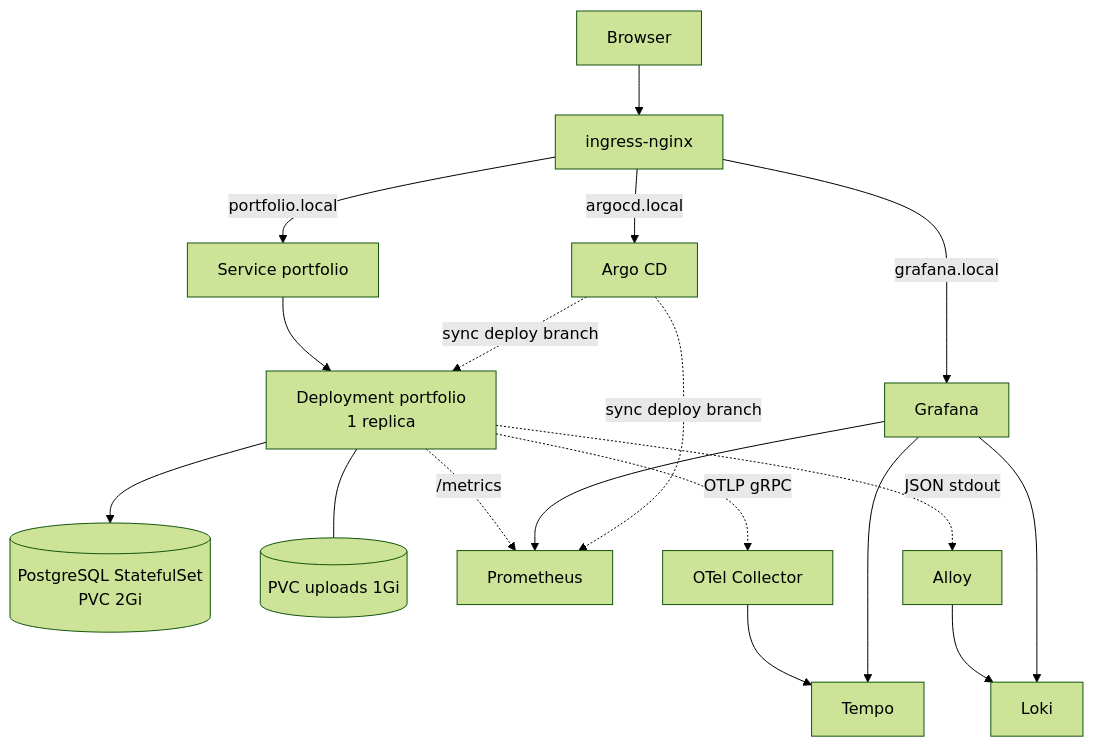
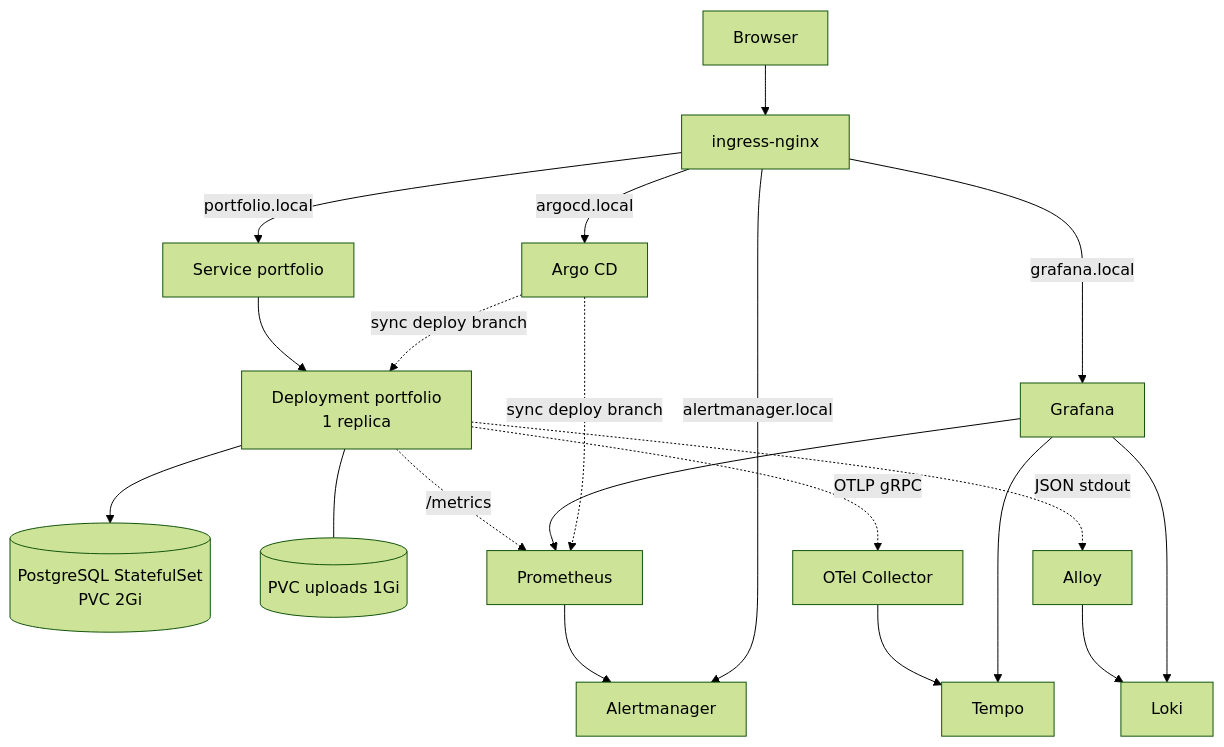
Before and after one commit to zetasuna/portfolio: the first of 2 diagrams in readme.md, drawn with Mermaid (forest theme). The commit also changed other lines of this file and 13 other files, not shown here.

````diff
--- a/readme.md
+++ b/readme.md
@@ -143,23 +144,25 @@
 ```mermaid
 flowchart TB
   B[Browser] --> I[ingress-nginx]
 
   I -->|portfolio.local| S[Service portfolio]
   S --> D[Deployment portfolio<br/>1 replica]
   D --> PG[(PostgreSQL StatefulSet<br/>PVC 2Gi)]
   D --- U[(PVC uploads 1Gi)]
 
   D -. /metrics .-> P[Prometheus]
   D -. OTLP gRPC .-> OC[OTel Collector]
   OC --> T[Tempo]
   D -. JSON stdout .-> AL[Alloy]
   AL --> L[Loki]
   G[Grafana] --> P
   G --> L
   G --> T
+  P --> AM[Alertmanager]
 
   I -->|grafana.local| G
+  I -->|alertmanager.local| AM
   I -->|argocd.local| AR[Argo CD]
   AR -. sync deploy branch .-> D
   AR -. sync deploy branch .-> P
 ```
````
